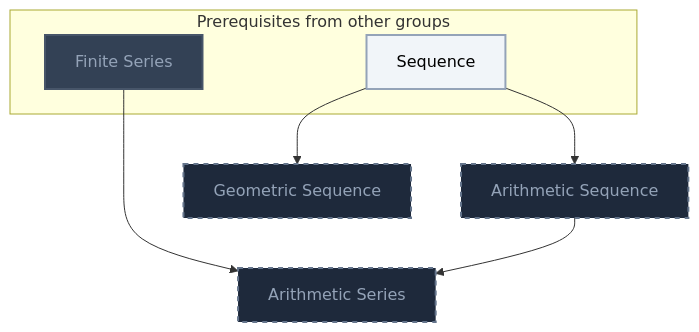
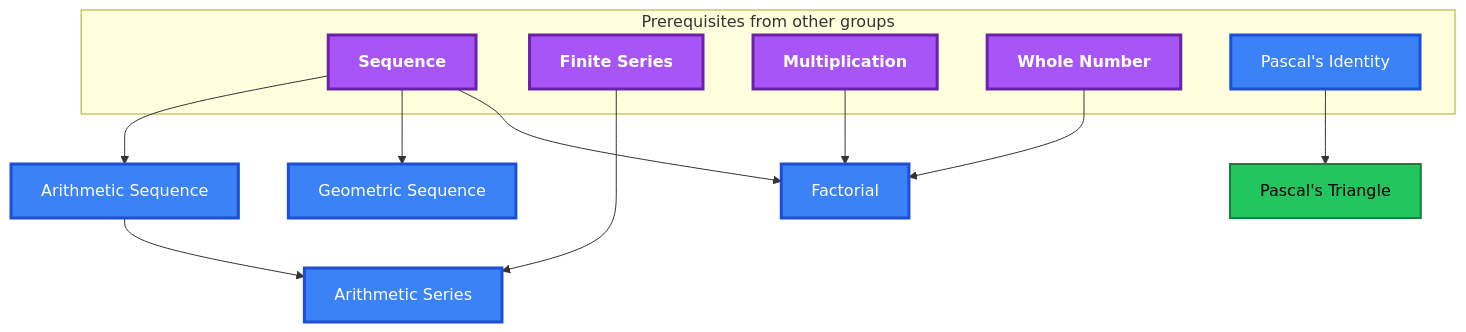
Before and after one commit to MRauf1/My-Notes: the ninth of 11 diagrams in Gamification/Skill Trees/Pre-Calculus.md, drawn with Mermaid. The commit also changed other lines of this file and 145 other files, not shown here.

````diff
--- a/Gamification/Skill Trees/Pre-Calculus.md
+++ b/Gamification/Skill Trees/Pre-Calculus.md
@@ -587,27 +586,36 @@
 ```mermaid
 flowchart TD
     classDef planned fill:#1E293B,stroke:#64748B,stroke-width:2px,stroke-dasharray:5 5,color:#94A3B8;
     classDef locked fill:#334155,stroke:#475569,stroke-width:2px,color:#94A3B8;
     classDef L0 fill:#F1F5F9,stroke:#94A3B8,stroke-width:2px,color:#000000;
     classDef L1 fill:#22C55E,stroke:#15803D,stroke-width:2px,color:#000000;
     classDef L2 fill:#3B82F6,stroke:#1D4ED8,stroke-width:3px,color:#FFFFFF;
     classDef L3 fill:#A855F7,stroke:#6B21A8,stroke-width:3px,color:#FFFFFF,font-weight:bold;
     classDef L4 fill:#F97316,stroke:#C2410C,stroke-width:4px,color:#000000,font-weight:bold;
     classDef L5 fill:#FFD700,stroke:#FF8C00,stroke-width:5px,color:#000000,font-weight:bold;
     classDef rusty stroke:#8B4513,stroke-width:4px,stroke-dasharray:3 3;
     subgraph sg_prereqs["Prerequisites from other groups"]
         n_sequence["Sequence"]
         n_finite_series["Finite Series"]
+        n_multiplication["Multiplication"]
+        n_whole_number["Whole Number"]
+        n_pascal_s_identity["Pascal's Identity"]
     end
     n_arithmetic_sequence["Arithmetic Sequence"]
     n_geometric_sequence["Geometric Sequence"]
     n_arithmetic_series["Arithmetic Series"]
+    n_factorial["Factorial"]
+    n_pascal_s_triangle["Pascal's Triangle"]
     n_sequence --> n_arithmetic_sequence
     n_sequence --> n_geometric_sequence
     n_finite_series --> n_arithmetic_series
     n_arithmetic_sequence --> n_arithmetic_series
-    class n_arithmetic_sequence,n_geometric_sequence,n_arithmetic_series planned;
-    class n_finite_series locked;
-    class n_sequence L0;
-    class n_sequence,n_finite_series internal-link;
+    n_sequence --> n_factorial
+    n_multiplication --> n_factorial
+    n_whole_number --> n_factorial
+    n_pascal_s_identity --> n_pascal_s_triangle
+    class n_pascal_s_triangle L1;
+    class n_pascal_s_identity,n_arithmetic_sequence,n_geometric_sequence,n_arithmetic_series,n_factorial L2;
+    class n_sequence,n_finite_series,n_multiplication,n_whole_number L3;
+    class n_sequence,n_finite_series,n_multiplication,n_whole_number,n_pascal_s_identity,n_arithmetic_sequence,n_geometric_sequence,n_arithmetic_series,n_factorial,n_pascal_s_triangle internal-link;
 ```
````
